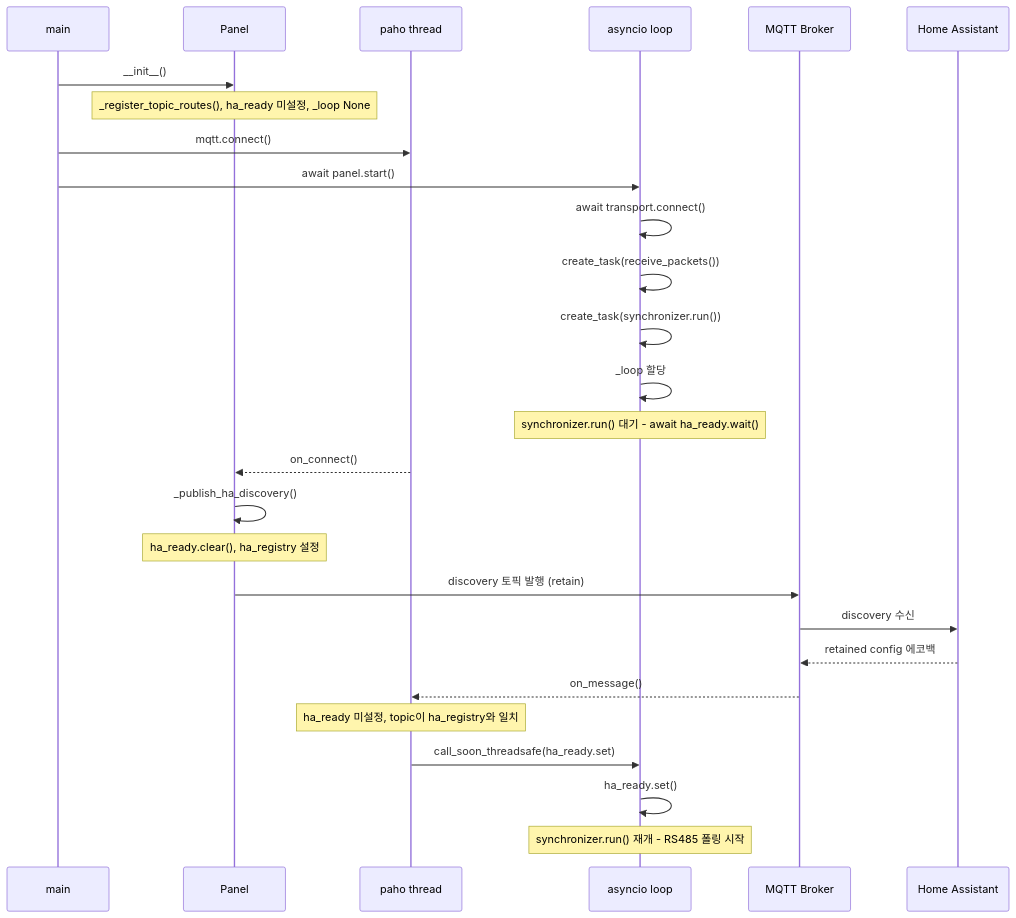
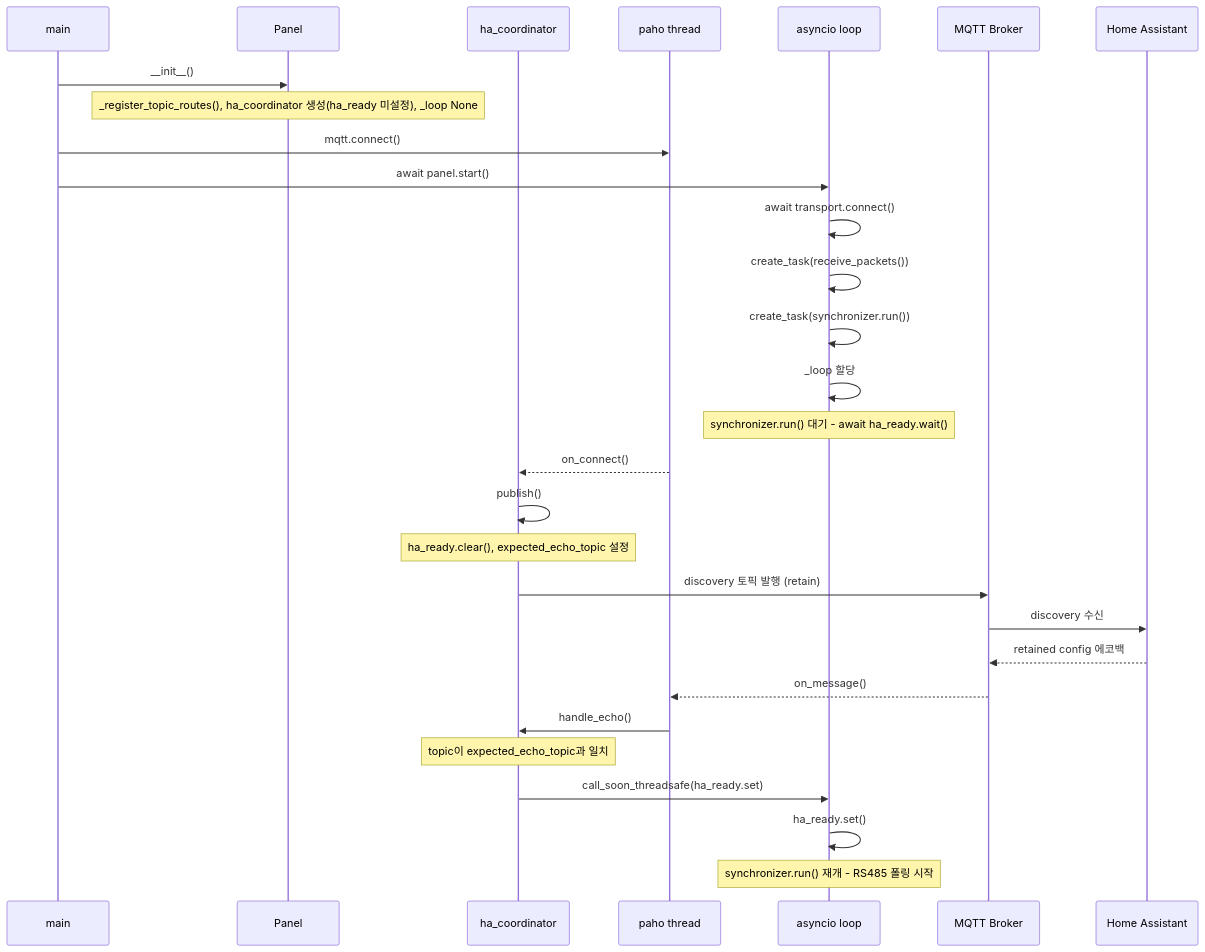
The first of 3 diagrams in docs/sequences.md (indielife/wallpad-mqtt-bridge), drawn with Mermaid before and after one commit. The commit also changed 13 other files, not shown here.

````diff
--- a/docs/sequences.md
+++ b/docs/sequences.md
@@ -14,33 +14,35 @@
 ```mermaid
 sequenceDiagram
     participant main
     participant Panel
+    participant Coordinator as ha_coordinator
     participant paho as paho thread
     participant aloop as asyncio loop
     participant Broker as MQTT Broker
     participant HA as Home Assistant
 
     main->>Panel: __init__()
-    Note over Panel: _register_topic_routes(), ha_ready 미설정, _loop None
+    Note over Panel: _register_topic_routes(), ha_coordinator 생성(ha_ready 미설정), _loop None
     main->>paho: mqtt.connect()
     main->>aloop: await panel.start()
     aloop->>aloop: await transport.connect()
     aloop->>aloop: create_task(receive_packets())
     aloop->>aloop: create_task(synchronizer.run())
     aloop->>aloop: _loop 할당
     Note over aloop: synchronizer.run() 대기 - await ha_ready.wait()
 
-    paho-->>Panel: on_connect()
-    Panel->>Panel: _publish_ha_discovery()
-    Note over Panel: ha_ready.clear(), ha_registry 설정
-    Panel->>Broker: discovery 토픽 발행 (retain)
+    paho-->>Coordinator: on_connect()
+    Coordinator->>Coordinator: publish()
+    Note over Coordinator: ha_ready.clear(), expected_echo_topic 설정
+    Coordinator->>Broker: discovery 토픽 발행 (retain)
     Broker->>HA: discovery 수신
 
     HA-->>Broker: retained config 에코백
     Broker-->>paho: on_message()
-    Note over paho: ha_ready 미설정, topic이 ha_registry와 일치
+    paho->>Coordinator: handle_echo()
+    Note over Coordinator: topic이 expected_echo_topic과 일치
 
-    paho->>aloop: call_soon_threadsafe(ha_ready.set)
+    Coordinator->>aloop: call_soon_threadsafe(ha_ready.set)
     aloop->>aloop: ha_ready.set()
     Note over aloop: synchronizer.run() 재개 - RS485 폴링 시작
 ```
````
